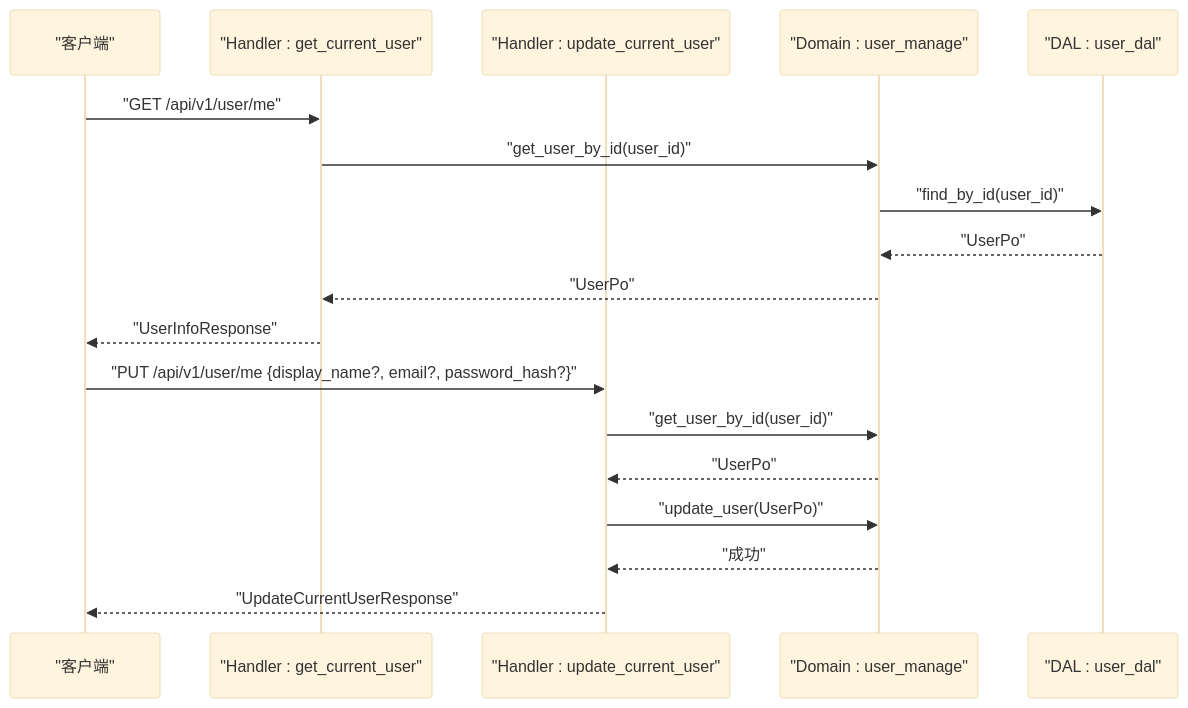
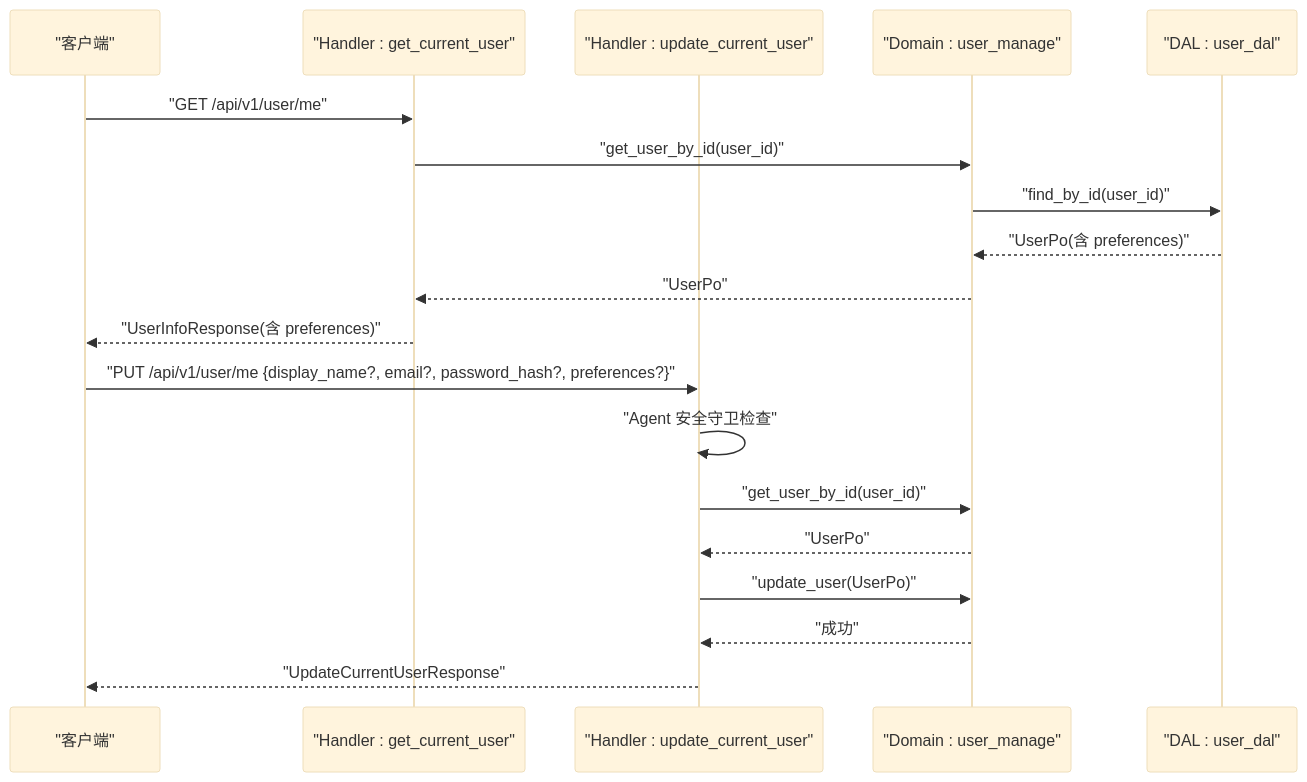
The seventh of 7 diagrams in .qoder/repowiki/zh/content/API 参考/RESTful API/用户管理模块 API.md (runningcoders/ai_orz), drawn with Mermaid (base theme) before and after one commit. The commit also changed other lines of this file and 5 other files, not shown here.

````diff
--- a/.qoder/repowiki/zh/content/API 参考/RESTful API/用户管理模块 API.md
+++ b/.qoder/repowiki/zh/content/API 参考/RESTful API/用户管理模块 API.md
@@ -318,20 +368,21 @@
 ```mermaid
 sequenceDiagram
 participant C as "客户端"
 participant H1 as "Handler : get_current_user"
 participant H2 as "Handler : update_current_user"
 participant D as "Domain : user_manage"
 participant DL as "DAL : user_dal"
 C->>H1 : "GET /api/v1/user/me"
 H1->>D : "get_user_by_id(user_id)"
 D->>DL : "find_by_id(user_id)"
-DL-->>D : "UserPo"
+DL-->>D : "UserPo(含 preferences)"
 D-->>H1 : "UserPo"
-H1-->>C : "UserInfoResponse"
-C->>H2 : "PUT /api/v1/user/me {display_name?, email?, password_hash?}"
+H1-->>C : "UserInfoResponse(含 preferences)"
+C->>H2 : "PUT /api/v1/user/me {display_name?, email?, password_hash?, preferences?}"
+H2->>H2 : "Agent 安全守卫检查"
 H2->>D : "get_user_by_id(user_id)"
 D-->>H2 : "UserPo"
 H2->>D : "update_user(UserPo)"
 D-->>H2 : "成功"
 H2-->>C : "UpdateCurrentUserResponse"
 ```
````
